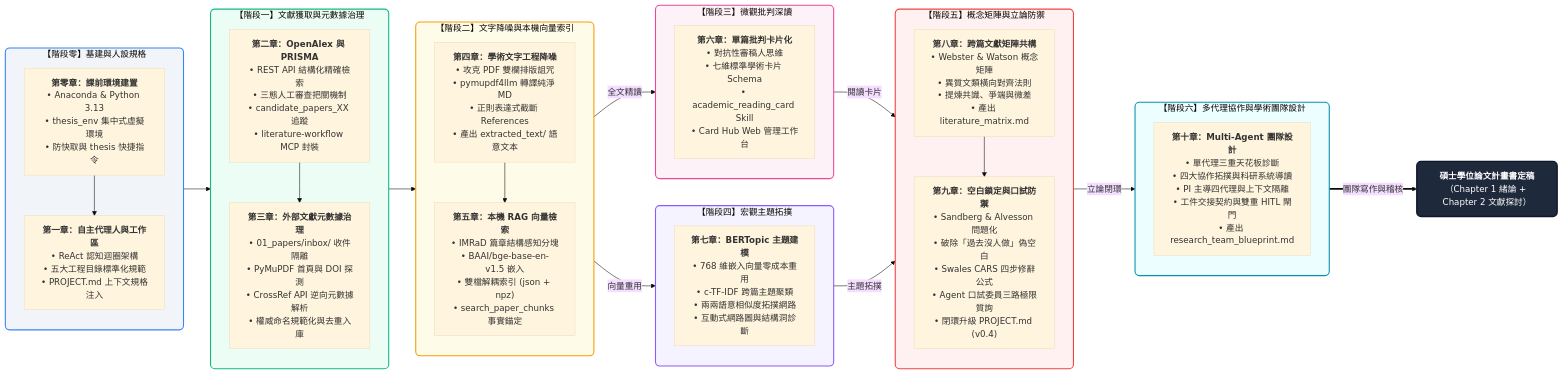
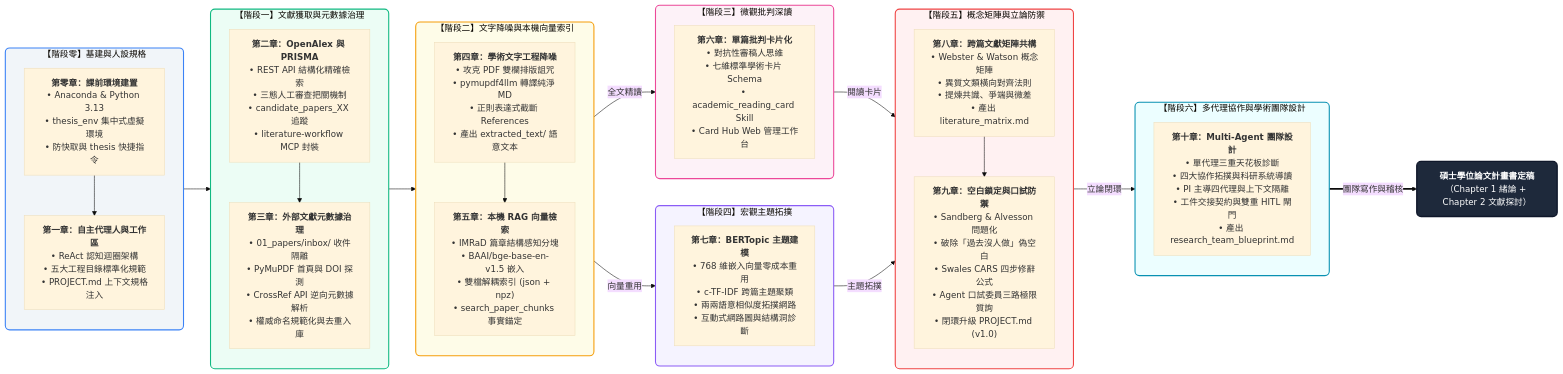
Before and after one commit to sungchien/literature_agent: the second of 2 diagrams in COURSE_INDEX.md, drawn with Mermaid (base theme). The commit also changed other lines of this file and 20 other files, not shown here.

````diff
--- a/COURSE_INDEX.md
+++ b/COURSE_INDEX.md
@@ -156,65 +161,65 @@
 ```mermaid
 flowchart LR
     subgraph S0["【階段零】基建與人設規格"]
         direction TB
         C00["<b>第零章：課前環境建置</b><br/>• Anaconda & Python 3.13<br/>• thesis_env 集中式虛擬環境<br/>• 防快取與 thesis 快捷指令"]
         C01["<b>第一章：自主代理人與工作區</b><br/>• ReAct 認知迴圈架構<br/>• 五大工程目錄標準化規範<br/>• PROJECT.md 上下文規格注入"]
         C00 --> C01
     end
 
     subgraph S1["【階段一】文獻獲取與元數據治理"]
         direction TB
         C02["<b>第二章：OpenAlex 與 PRISMA</b><br/>• REST API 結構化精確檢索<br/>• 三態人工審查把關機制<br/>• candidate_papers_XX 追蹤<br/>• literature-workflow MCP 封裝"]
         C03["<b>第三章：外部文獻元數據治理</b><br/>• 01_papers/inbox/ 收件隔離<br/>• PyMuPDF 首頁與 DOI 探測<br/>• CrossRef API 逆向元數據解析<br/>• 權威命名規範化與去重入庫"]
         C02 --> C03
     end
 
     subgraph S2["【階段二】文字降噪與本機向量索引"]
         direction TB
         C04["<b>第四章：學術文字工程降噪</b><br/>• 攻克 PDF 雙欄排版詛咒<br/>• pymupdf4llm 轉譯純淨 MD<br/>• 正則表達式截斷 References<br/>• 產出 extracted_text/ 語意文本"]
         C05["<b>第五章：本機 RAG 向量檢索</b><br/>• IMRaD 篇章結構感知分塊<br/>• BAAI/bge-base-en-v1.5 嵌入<br/>• 雙檔解耦索引 (json + npz)<br/>• search_paper_chunks 事實錨定"]
         C04 --> C05
     end
 
     subgraph S3["【階段三】微觀批判深讀"]
         direction TB
         C06["<b>第六章：單篇批判卡片化</b><br/>• 對抗性審稿人思維<br/>• 七維標準學術卡片 Schema<br/>• academic_reading_card Skill<br/>• Card Hub Web 管理工作台"]
     end
 
     subgraph S4["【階段四】宏觀主題拓撲"]
         direction TB
         C07["<b>第七章：BERTopic 主題建模</b><br/>• 768 維嵌入向量零成本重用<br/>• c-TF-IDF 跨篇主題聚類<br/>• 兩兩語意相似度拓撲網路<br/>• 互動式網路圖與結構洞診斷"]
     end
 
     subgraph S5["【階段五】概念矩陣與立論防禦"]
         direction TB
         C08["<b>第八章：跨篇文獻矩陣共構</b><br/>• Webster & Watson 概念矩陣<br/>• 異質文類橫向對齊法則<br/>• 提煉共識、爭端與微差<br/>• 產出 literature_matrix.md"]
-        C09["<b>第九章：空白鎖定與口試防禦</b><br/>• Sandberg & Alvesson 問題化<br/>• 破除「過去沒人做」偽空白<br/>• Swales CARS 四步修辭公式<br/>• Agent 口試委員三路極限質詢<br/>• 閉環升級 PROJECT.md (v0.4)"]
+        C09["<b>第九章：空白鎖定與口試防禦</b><br/>• Sandberg & Alvesson 問題化<br/>• 破除「過去沒人做」偽空白<br/>• Swales CARS 四步修辭公式<br/>• Agent 口試委員三路極限質詢<br/>• 閉環升級 PROJECT.md (v1.0)"]
         C08 --> C09
     end
 
     subgraph S6["【階段六】多代理協作與學術團隊設計"]
         direction TB
         C10["<b>第十章：Multi-Agent 團隊設計</b><br/>• 單代理三重天花板診斷<br/>• 四大協作拓撲與科研系統導讀<br/>• PI 主導四代理與上下文隔離<br/>• 工件交接契約與雙重 HITL 閘門<br/>• 產出 research_team_blueprint.md"]
     end
 
     FinalGoal["<b>碩士學位論文計畫書定稿</b><br/>（Chapter 1 緒論 + Chapter 2 文獻探討）"]
 
     S0 --> S1
     S1 --> S2
     S2 -->|"全文精讀"| S3
     S2 -->|"向量重用"| S4
     S3 -->|"閱讀卡片"| C08
     S4 -->|"主題拓撲"| C08
     C09 -->|"立論閉環"| C10
     C10 ==>|"團隊寫作與稽核"| FinalGoal
 
     style S0 fill:#f1f5f9,stroke:#3b82f6,stroke-width:2px,rx:8px,ry:8px
     style S1 fill:#ecfdf5,stroke:#10b981,stroke-width:2px,rx:8px,ry:8px
     style S2 fill:#fefce8,stroke:#f59e0b,stroke-width:2px,rx:8px,ry:8px
     style S3 fill:#fdf2f8,stroke:#ec4899,stroke-width:2px,rx:8px,ry:8px
     style S4 fill:#f5f3ff,stroke:#8b5cf6,stroke-width:2px,rx:8px,ry:8px
     style S5 fill:#fff1f2,stroke:#ef4444,stroke-width:2px,rx:8px,ry:8px
     style S6 fill:#ecfeff,stroke:#0891b2,stroke-width:2px,rx:8px,ry:8px
     style FinalGoal fill:#1e293b,stroke:#0f172a,stroke-width:2.5px,color:#ffffff,rx:8px,ry:8px
 ```
````
